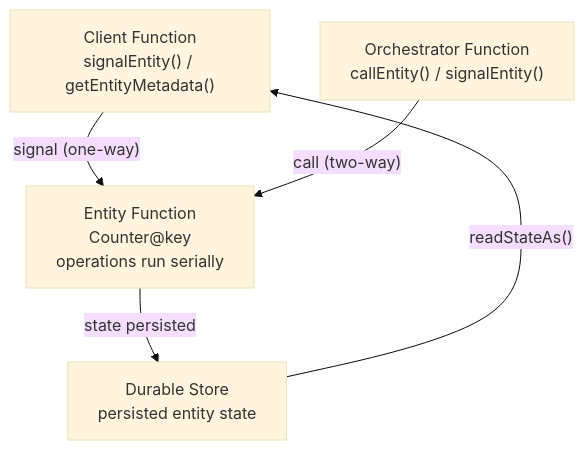
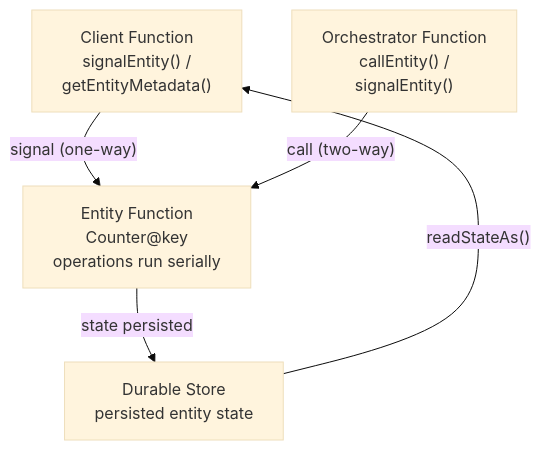
One commit to yeongseon/azure-functions-practical-guide changed the diagram in docs/language-guides/java/recipes/durable-entities.md. Above: the diagram before and after it, drawn with Mermaid (base theme). The commit also changed 4 other files, not shown here.

First line of the commit message:
docs(diagrams): migrate Functions Durable Functions — durable entities and durable orchestration and related pages (#420)

````diff
--- a/docs/language-guides/java/recipes/durable-entities.md
+++ b/docs/language-guides/java/recipes/durable-entities.md
@@ -33,7 +33,9 @@
 ```mermaid
 flowchart TD
-    CLIENT["Client Function\nsignalEntity() / getEntityMetadata()"] -->|"signal (one-way)"| ENT["Entity Function\nCounter@key\noperations run serially"]
-    ORC["Orchestrator Function\ncallEntity() / signalEntity()"] -->|"call (two-way)"| ENT
-    ENT -->|"state persisted"| STORE["Durable Store\npersisted entity state"]
+    accTitle: Java Durable Entity access and persisted state
+    accDescr: Logical view of a Counter entity. A client signals an operation without waiting for its result; an orchestrator can call and wait for a response or signal without waiting. Operations for one entity run serially and the runtime persists state. The store-to-client arrow represents reading committed state with getEntityMetadata and readStateAs, not a store-initiated connection.
+    CLIENT["Client Function<br/>signalEntity() /<br/>getEntityMetadata()"] -->|"signal (one-way)"| ENT["Entity Function<br/>Counter@key<br/>operations run serially"]
+    ORC["Orchestrator Function<br/>callEntity() /<br/>signalEntity()"] -->|"call (two-way)"| ENT
+    ENT -->|"state persisted"| STORE["Durable Store<br/>persisted entity state"]
     STORE -->|"readStateAs()"| CLIENT
 ```
````
